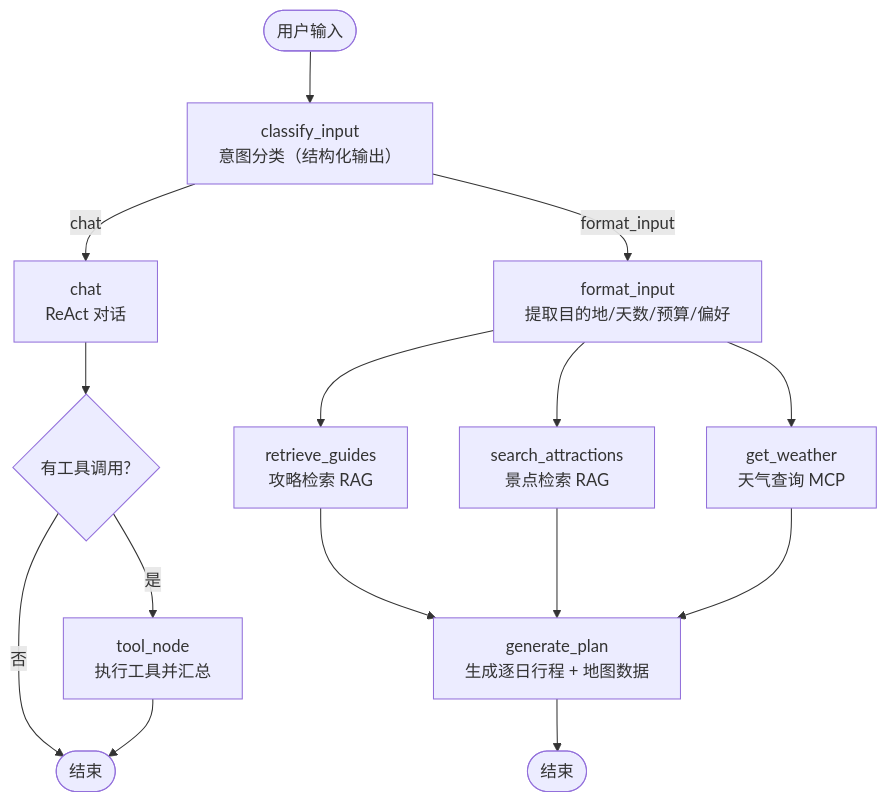
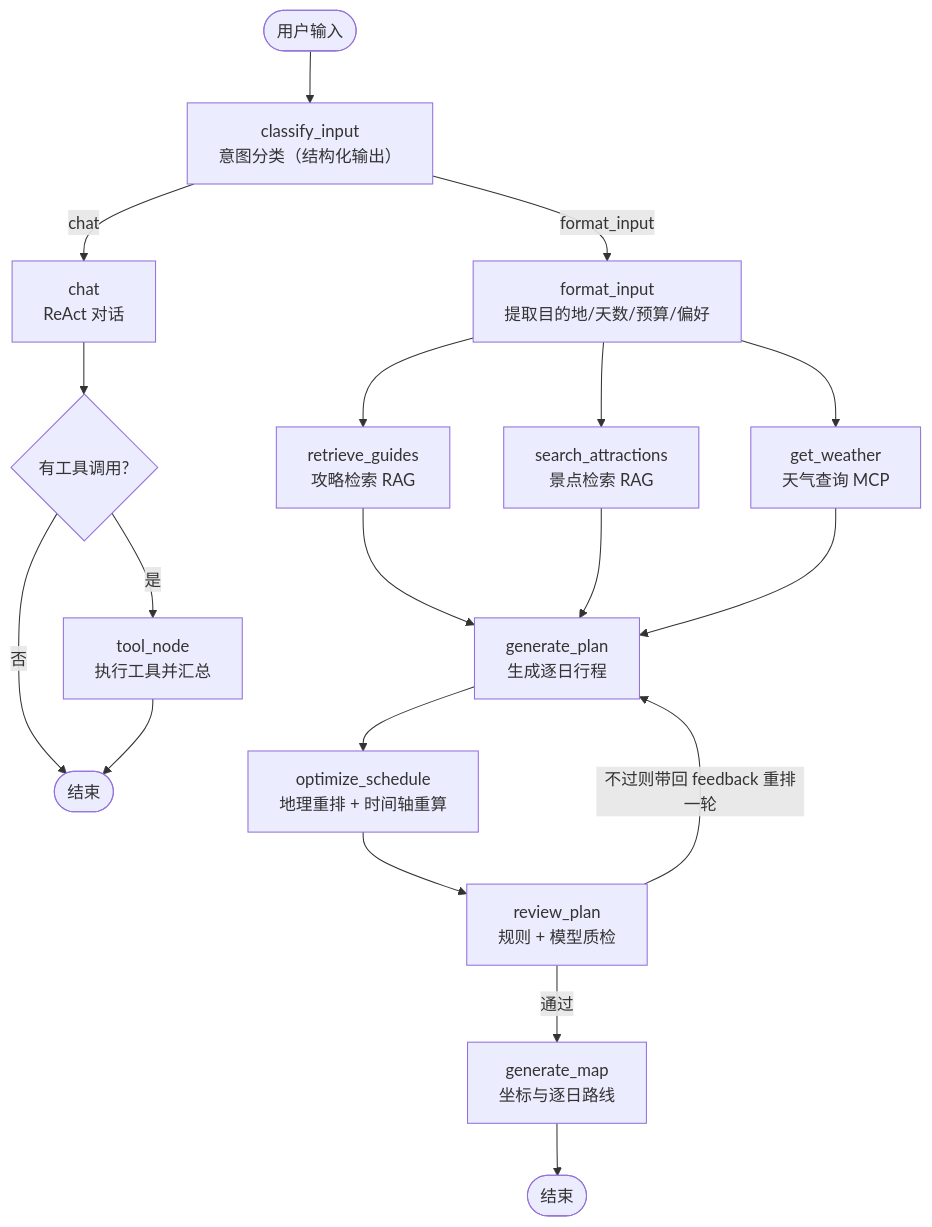
Before and after one commit to kkszw/TripGenie: the diagram in README.md, drawn with Mermaid. The commit also changed other lines of this file and 10 other files, not shown here.

````diff
--- a/README.md
+++ b/README.md
@@ -107,19 +133,23 @@
 ```mermaid
 flowchart TD
     START([用户输入]) --> classify["classify_input<br/>意图分类（结构化输出）"]
 
     classify -->|chat| chat["chat<br/>ReAct 对话"]
     chat --> should{"有工具调用?"}
     should -->|是| tool["tool_node<br/>执行工具并汇总"]
     should -->|否| E1([结束])
     tool --> E1
 
     classify -->|format_input| format["format_input<br/>提取目的地/天数/预算/偏好"]
     format --> retrieve["retrieve_guides<br/>攻略检索 RAG"]
     format --> attractions["search_attractions<br/>景点检索 RAG"]
     format --> weather["get_weather<br/>天气查询 MCP"]
-    retrieve --> plan["generate_plan<br/>生成逐日行程 + 地图数据"]
+    retrieve --> plan["generate_plan<br/>生成逐日行程"]
     attractions --> plan
     weather --> plan
-    plan --> E2([结束])
+    plan --> schedule["optimize_schedule<br/>地理重排 + 时间轴重算"]
+    schedule --> review["review_plan<br/>规则 + 模型质检"]
+    review -->|不过则带回 feedback 重排一轮| plan
+    review -->|通过| map["generate_map<br/>坐标与逐日路线"]
+    map --> E2([结束])
 ```
````
